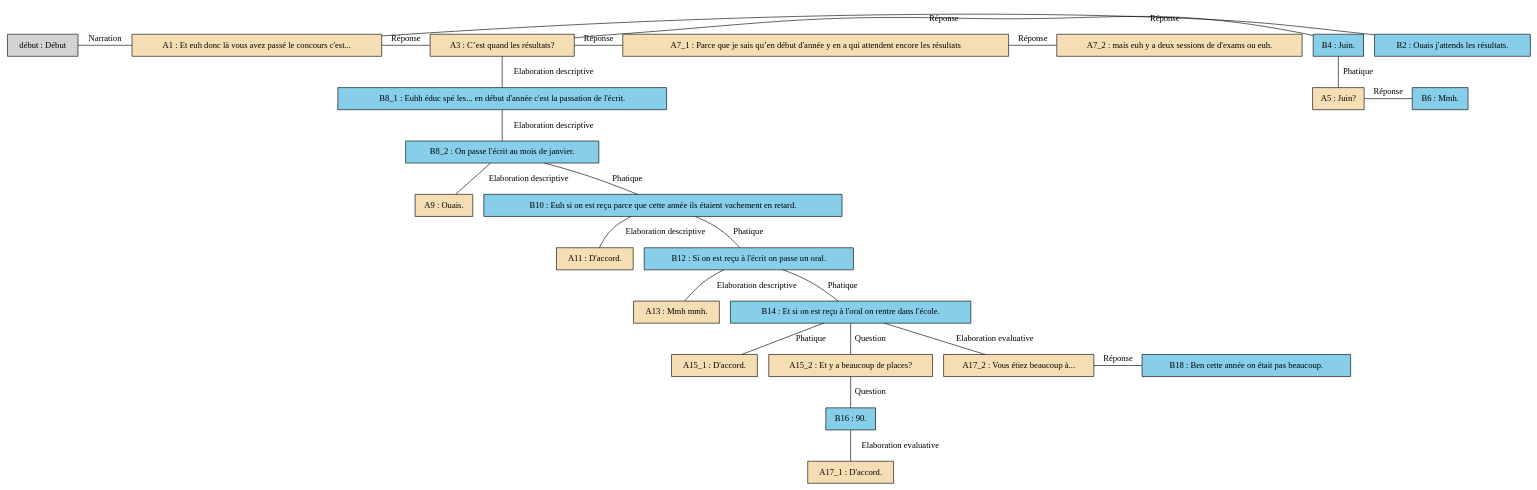
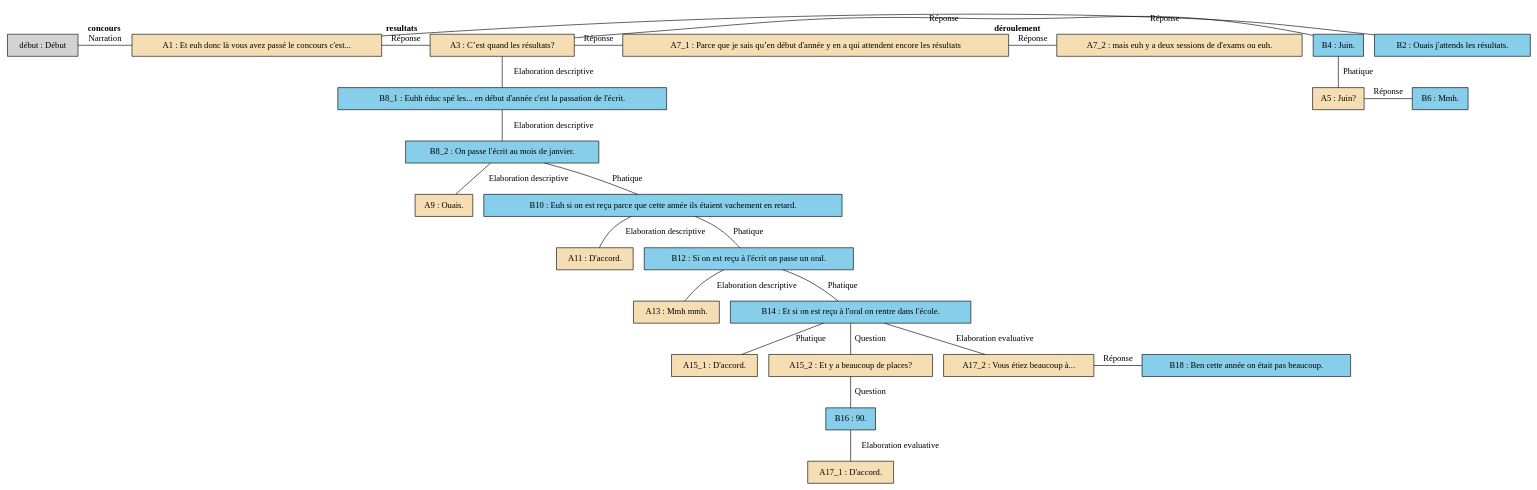
The diagram in arbres/Concours/Concours_-_C02.gv (AlaixComet/AnnotationSlamPTut), drawn with Graphviz before and after one commit. The commit also changed 308 other files, not shown here.

Commit message:
arbre avec themes (ui fallait juste redémarrer mon ordi pour faire marcher graphviz :'( )

```diff
--- a/arbres/Concours/Concours_-_C02.gv
+++ b/arbres/Concours/Concours_-_C02.gv
@@ -1,88 +1,88 @@
 digraph C02 {
 	node [shape=box style=filled]
-	"début" [label="début : Début"]
-	A1 [label="A1 : Et euh donc là vous avez passé le concours c'est..." fillcolor=wheat]
-	B2 [label="B2 : Ouais j'attends les résultats." fillcolor=skyblue]
-	A3 [label="A3 : C’est quand les résultats?" fillcolor=wheat]
-	B4 [label="B4 : Juin." fillcolor=skyblue]
-	A5 [label="A5 : Juin?" fillcolor=wheat]
-	B6 [label="B6 : Mmh." fillcolor=skyblue]
-	A7_1 [label="A7_1 : Parce que je sais qu’en début d'année y en a qui attendent encore les résultats" fillcolor=wheat]
-	A7_2 [label="A7_2 : mais euh y a deux sessions de d'exams ou euh." fillcolor=wheat]
-	B8_1 [label="B8_1 : Euhh éduc spé les... en début d'année c'est la passation de l'écrit." fillcolor=skyblue]
-	B8_2 [label="B8_2 : On passe l'écrit au mois de janvier." fillcolor=skyblue]
-	A9 [label="A9 : Ouais." fillcolor=wheat]
-	B10 [label="B10 : Euh si on est reçu parce que cette année ils étaient vachement en retard." fillcolor=skyblue]
-	A11 [label="A11 : D'accord." fillcolor=wheat]
-	B12 [label="B12 : Si on est reçu à l'écrit on passe un oral." fillcolor=skyblue]
-	A13 [label="A13 : Mmh mmh." fillcolor=wheat]
-	B14 [label="B14 : Et si on est reçu à l'oral on rentre dans l'école." fillcolor=skyblue]
-	A15_1 [label="A15_1 : D'accord." fillcolor=wheat]
-	A15_2 [label="A15_2 : Et y a beaucoup de places?" fillcolor=wheat]
-	B16 [label="B16 : 90." fillcolor=skyblue]
-	A17_1 [label="A17_1 : D'accord." fillcolor=wheat]
-	A17_2 [label="A17_2 : Vous étiez beaucoup à..." fillcolor=wheat]
-	B18 [label="B18 : Ben cette année on était pas beaucoup." fillcolor=skyblue]
+	"début" [label="début : Début" xlabel=""]
+	A1 [label="A1 : Et euh donc là vous avez passé le concours c'est..." fillcolor=wheat xlabel=<<B>concours</B>>]
+	B2 [label="B2 : Ouais j'attends les résultats." fillcolor=skyblue xlabel=""]
+	A3 [label="A3 : C’est quand les résultats?" fillcolor=wheat xlabel=<<B>resultats</B>>]
+	B4 [label="B4 : Juin." fillcolor=skyblue xlabel=""]
+	A5 [label="A5 : Juin?" fillcolor=wheat xlabel=""]
+	B6 [label="B6 : Mmh." fillcolor=skyblue xlabel=""]
+	A7_1 [label="A7_1 : Parce que je sais qu’en début d'année y en a qui attendent encore les résultats" fillcolor=wheat xlabel=""]
+	A7_2 [label="A7_2 : mais euh y a deux sessions de d'exams ou euh." fillcolor=wheat xlabel=<<B>déroulement</B>>]
+	B8_1 [label="B8_1 : Euhh éduc spé les... en début d'année c'est la passation de l'écrit." fillcolor=skyblue xlabel=""]
+	B8_2 [label="B8_2 : On passe l'écrit au mois de janvier." fillcolor=skyblue xlabel=""]
+	A9 [label="A9 : Ouais." fillcolor=wheat xlabel=""]
+	B10 [label="B10 : Euh si on est reçu parce que cette année ils étaient vachement en retard." fillcolor=skyblue xlabel=""]
+	A11 [label="A11 : D'accord." fillcolor=wheat xlabel=""]
+	B12 [label="B12 : Si on est reçu à l'écrit on passe un oral." fillcolor=skyblue xlabel=""]
+	A13 [label="A13 : Mmh mmh." fillcolor=wheat xlabel=""]
+	B14 [label="B14 : Et si on est reçu à l'oral on rentre dans l'école." fillcolor=skyblue xlabel=""]
+	A15_1 [label="A15_1 : D'accord." fillcolor=wheat xlabel=""]
+	A15_2 [label="A15_2 : Et y a beaucoup de places?" fillcolor=wheat xlabel=""]
+	B16 [label="B16 : 90." fillcolor=skyblue xlabel=""]
+	A17_1 [label="A17_1 : D'accord." fillcolor=wheat xlabel=""]
+	A17_2 [label="A17_2 : Vous étiez beaucoup à..." fillcolor=wheat xlabel=""]
+	B18 [label="B18 : Ben cette année on était pas beaucoup." fillcolor=skyblue xlabel=""]
 	{
 		rank=same
 		"début"
 		A1
 		"début" -> A1 [label=Narration dir=none]
 	}
 	{
 		rank=same
 		A1
 		B2
 		A1 -> B2 [label="Réponse" dir=none]
 	}
 	{
 		rank=same
 		A1
 		A3
 		A1 -> A3 [label="Réponse" dir=none]
 	}
 	{
 		rank=same
 		A3
 		B4
 		A3 -> B4 [label="Réponse" dir=none]
 	}
 	B4 -> A5 [label=Phatique dir=none]
 	{
 		rank=same
 		A5
 		B6
 		A5 -> B6 [label="Réponse" dir=none]
 	}
 	{
 		rank=same
 		A3
 		A7_1
 		A3 -> A7_1 [label="Réponse" dir=none]
 	}
 	{
 		rank=same
 		A7_1
 		A7_2
 		A7_1 -> A7_2 [label="Réponse" dir=none]
 	}
 	A3 -> B8_1 [label="Elaboration descriptive" dir=none]
 	B8_1 -> B8_2 [label="Elaboration descriptive" dir=none]
 	B8_2 -> A9 [label="Elaboration descriptive" dir=none]
 	B10 -> A11 [label="Elaboration descriptive" dir=none]
 	B12 -> A13 [label="Elaboration descriptive" dir=none]
 	B14 -> A15_1 [label=Phatique dir=none]
 	B8_2 -> B10 [label=Phatique dir=none]
 	B10 -> B12 [label=Phatique dir=none]
 	B12 -> B14 [label=Phatique dir=none]
 	B14 -> A15_2 [label=Question dir=none]
 	A15_2 -> B16 [label=Question dir=none]
 	B16 -> A17_1 [label="Elaboration evaluative" dir=none]
 	B14 -> A17_2 [label="Elaboration evaluative" dir=none]
 	{
 		rank=same
 		A17_2
 		B18
 		A17_2 -> B18 [label="Réponse" dir=none]
 	}
 }
```
